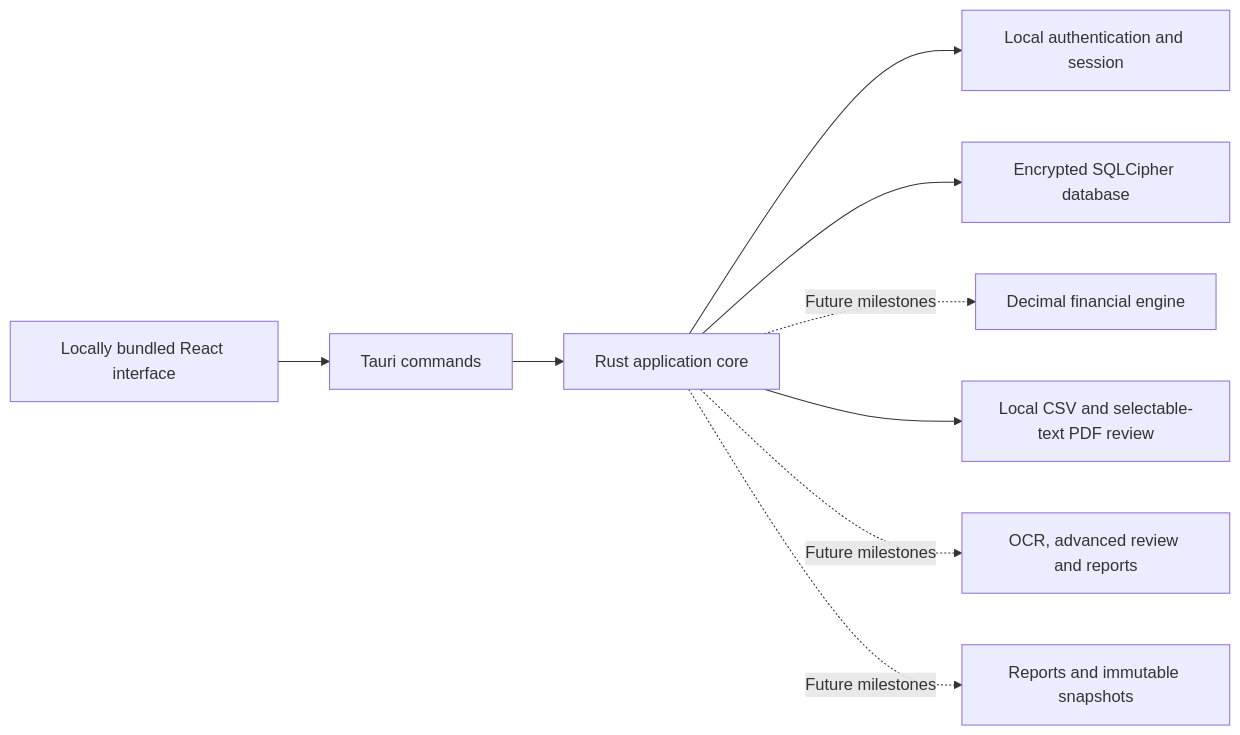
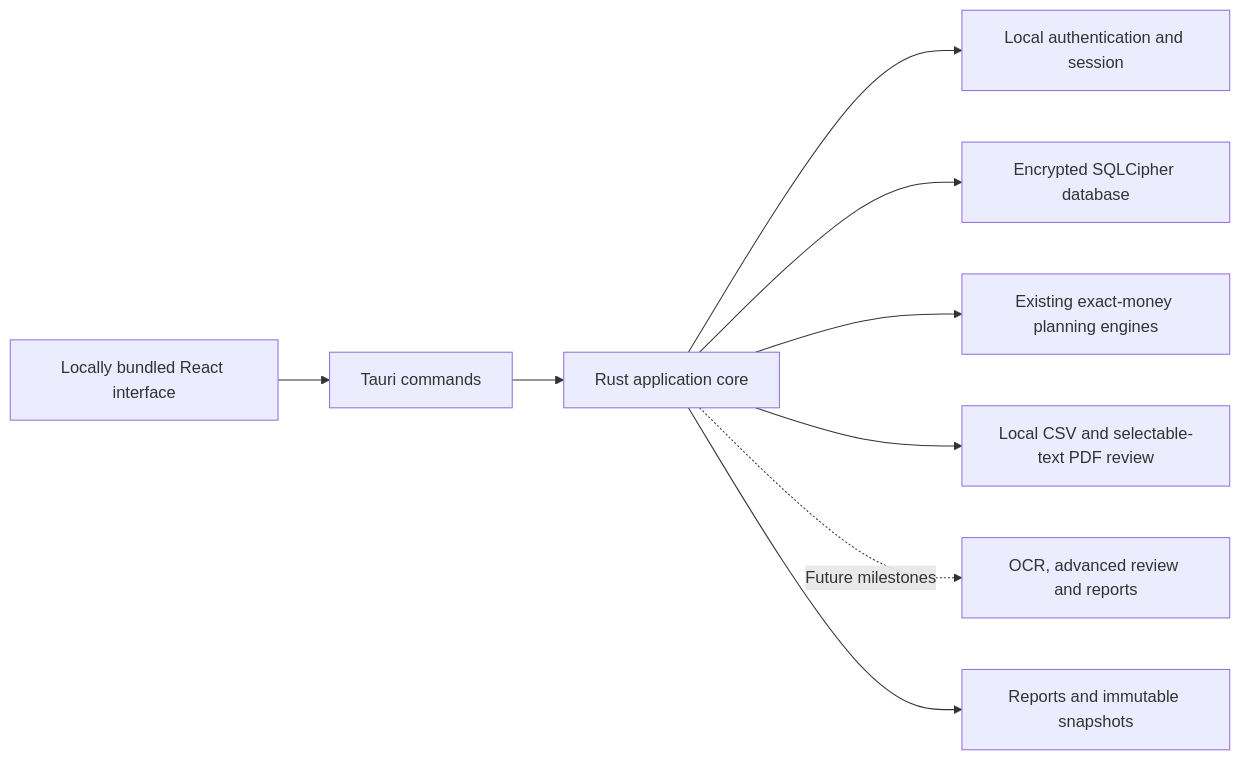
One commit to Eisenbartl/eisenbart-co-desktop changed the diagram in docs/architecture.md. Above: the diagram before and after it, drawn with Mermaid. The commit also changed other lines of this file and 11 other files, not shown here.

````diff
--- a/docs/architecture.md
+++ b/docs/architecture.md
@@ -21,11 +21,11 @@
 ```mermaid
 flowchart LR
     UI[Locally bundled React interface] --> IPC[Tauri commands]
     IPC --> Core[Rust application core]
     Core --> Auth[Local authentication and session]
     Core --> DB[Encrypted SQLCipher database]
-    Core -. Future milestones .-> Calc[Decimal financial engine]
+    Core --> Calc[Existing exact-money planning engines]
     Core --> Docs[Local CSV and selectable-text PDF review]
     Core -. Future milestones .-> PDF[OCR, advanced review and reports]
-    Core -. Future milestones .-> Reports[Reports and immutable snapshots]
+    Core --> Reports[Reports and immutable snapshots]
 ```
````
